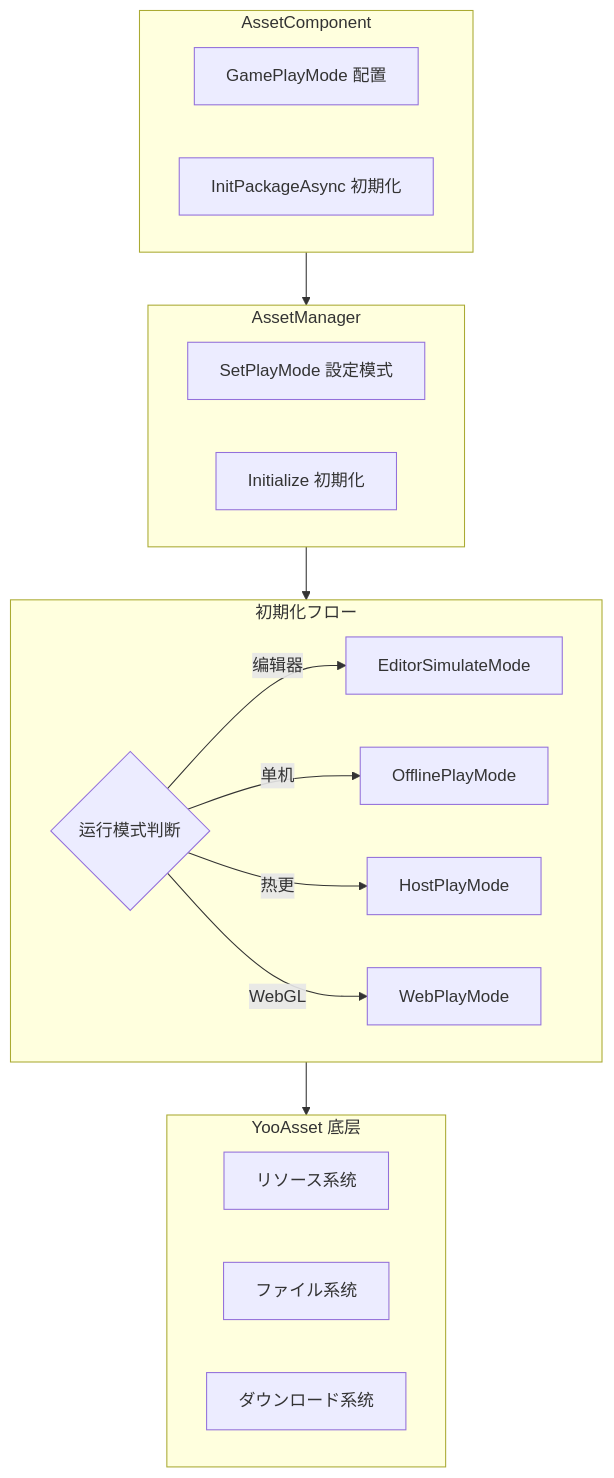
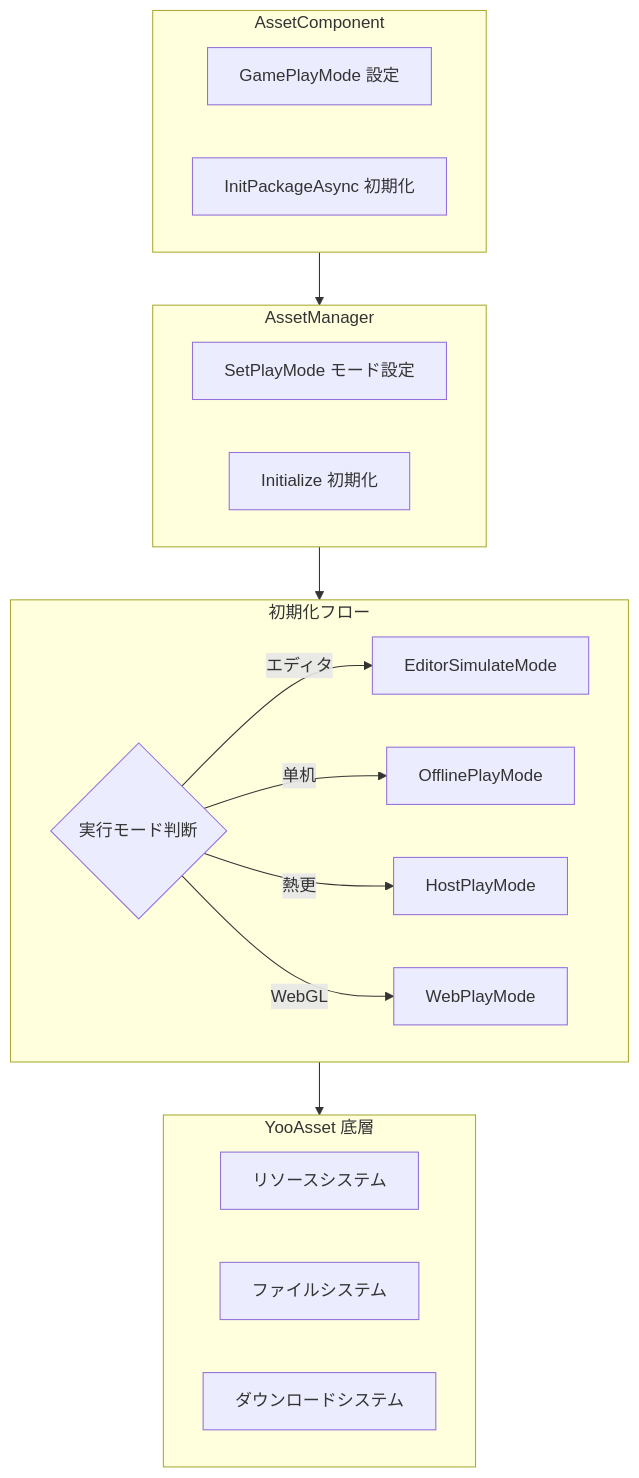
One commit to AlianBlank/GameFrameX.Docs changed the first of 2 diagrams in docs/ja/client/unity/component/asset/04.features.md. Above: the diagram before and after it, drawn with Mermaid. The commit also changed other lines of this file and 320 other files, not shown here.

````diff
--- a/docs/ja/client/unity/component/asset/04.features.md
+++ b/docs/ja/client/unity/component/asset/04.features.md
@@ -25,35 +25,35 @@
 ```mermaid
 flowchart TD
     subgraph AssetComponent["AssetComponent"]
-        A1[GamePlayMode 配置]
+        A1[GamePlayMode 設定]
         A2[InitPackageAsync 初期化]
     end
     
     subgraph AssetManager["AssetManager"]
-        M1[SetPlayMode 設定模式]
+        M1[SetPlayMode モード設定]
         M2[Initialize 初期化]
     end
     
     subgraph Initialization["初期化フロー"]
-        I1{运行模式判断}
+        I1{実行モード判断}
         I2[EditorSimulateMode]
         I3[OfflinePlayMode]
         I4[HostPlayMode]
         I5[WebPlayMode]
     end
     
-    subgraph YooAsset["YooAsset 底层"]
-        Y1[リソース系统]
-        Y2[ファイル系统]
-        Y3[ダウンロード系统]
+    subgraph YooAsset["YooAsset 底層"]
+        Y1[リソースシステム]
+        Y2[ファイルシステム]
+        Y3[ダウンロードシステム]
     end
     
     AssetComponent --> AssetManager
     AssetManager --> Initialization
     Initialization --> YooAsset
     
-    I1 -->|编辑器| I2
+    I1 -->|エディタ| I2
     I1 -->|单机| I3
-    I1 -->|热更| I4
+    I1 -->|熱更| I4
     I1 -->|WebGL| I5
 ```
````
